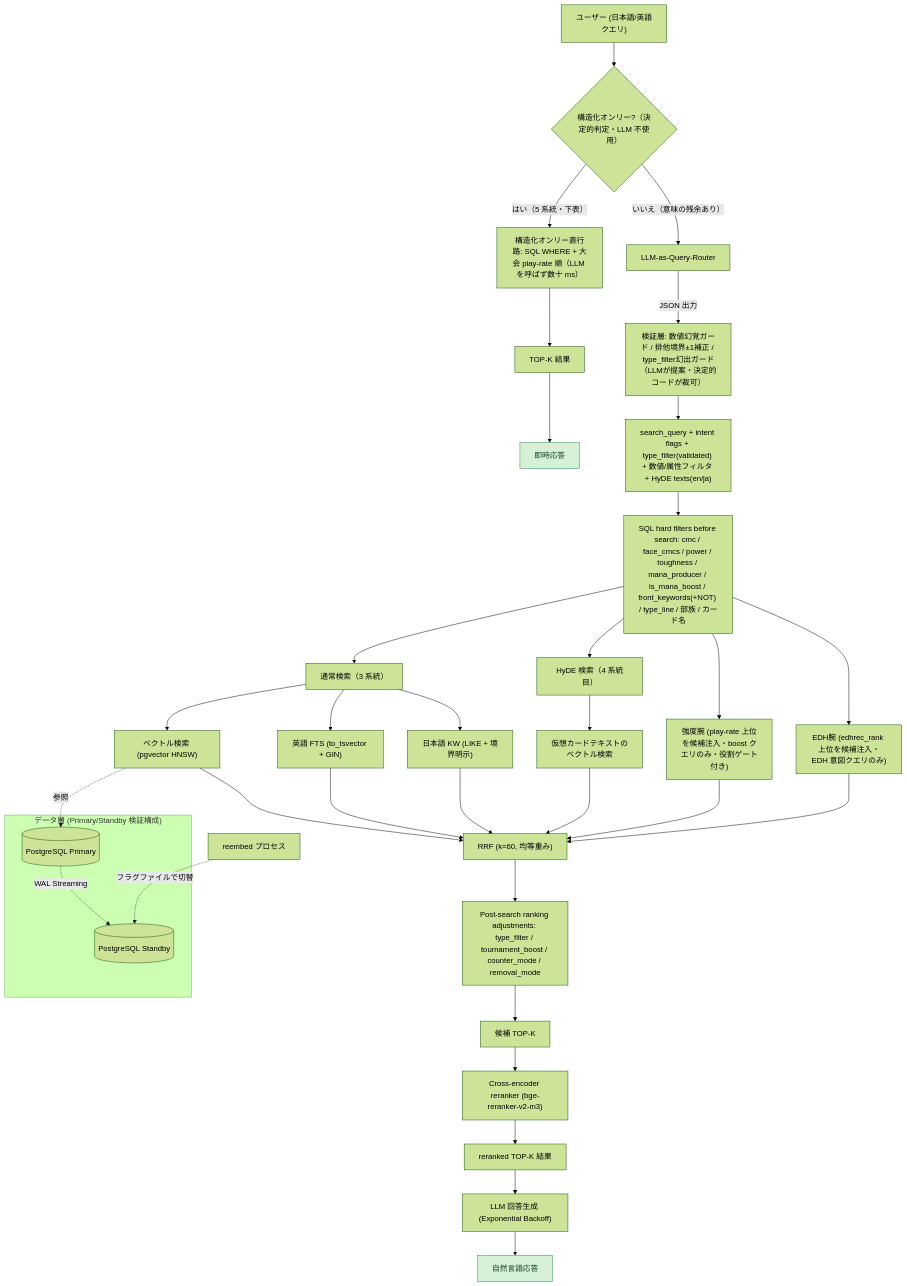
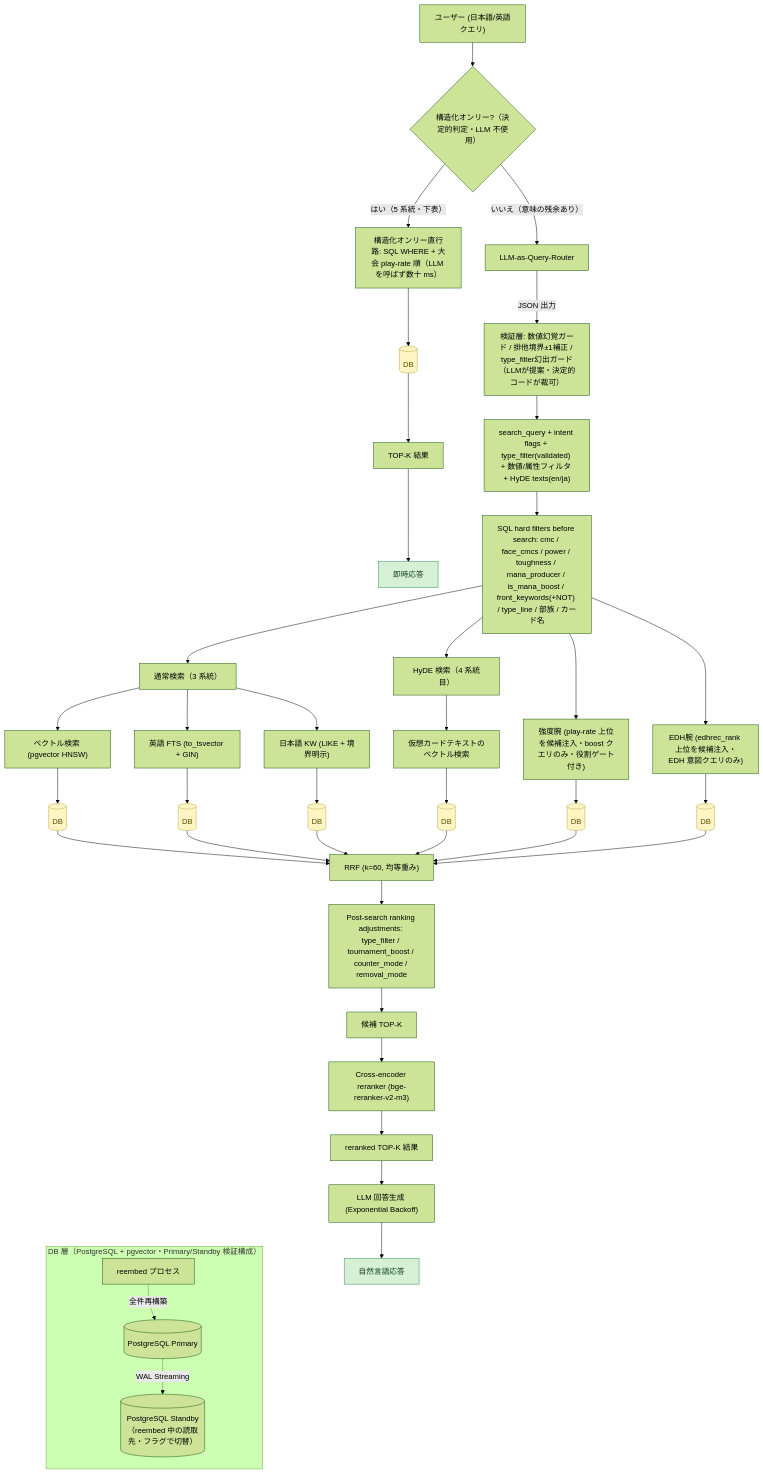
One commit to Sakaihashizo/mtg-rag changed the first of 2 diagrams in ARCHITECTURE.md. Above: the diagram before and after it, drawn with Mermaid (forest theme).

Commit message:
ARCHITECTURE: flow diagram shows DB on the data path (owner review)
Owner feedback while reading: the old diagram implied only vector
search touches the database. In reality every arm and the direct
route query the same PostgreSQL — and the DB is not a side
reference but the body of the path (query goes in, TOP-K comes out).

- Insert a "DB" cylinder into each path: direct route -> DB -> TOP-K
  -> immediate response, and each of the 6 arms -> DB -> RRF
  (yellow cylinders, one per arm by owner's call)
- DB layer (Primary/Standby detail) becomes a standalone legend box
  with no flow edges; an invisible rank link keeps it below the flow
- Standby annotated as the read target during reembed; reembed
  process now shown writing to Primary (the old edge read backwards)

````diff
--- a/ARCHITECTURE.md
+++ b/ARCHITECTURE.md
@@ -13,43 +13,47 @@
 ```mermaid
 %%{init: {"flowchart": {"wrappingWidth": 160}}}%%
 flowchart TB
     User["ユーザー (日本語/英語クエリ)"] --> Gate{"構造化オンリー?（決定的判定・LLM 不使用）"}
     Gate -->|"はい（5 系統・下表）"| Direct["構造化オンリー直行路: SQL WHERE + 大会 play-rate 順（LLM を呼ばず数十 ms）"]
-    Direct --> DirectOut["TOP-K 結果"]
+    Direct --> DB1[("DB")] --> DirectOut["TOP-K 結果"]
     DirectOut --> DirectResp["即時応答"]
     Gate -->|"いいえ（意味の残余あり）"| Router["LLM-as-Query-Router"]
     Router -->|JSON 出力| Validate["検証層: 数値幻覚ガード / 排他境界±1補正 / type_filter幻出ガード（LLMが提案・決定的コードが裁可）"]
     Validate --> Parsed["search_query + intent flags + type_filter(validated) + 数値/属性フィルタ + HyDE texts(en/ja)"]
     Parsed --> Hard["SQL hard filters before search: cmc / face_cmcs / power / toughness / mana_producer / is_mana_boost / front_keywords(+NOT) / type_line / 部族 / カード名"]
     Hard --> Search3["通常検索（3 系統）"]
     Hard --> HyDESearch["HyDE 検索（4 系統目）"]
     Search3 --> Vector["ベクトル検索 (pgvector HNSW)"]
     Search3 --> FTSEN["英語 FTS (to_tsvector + GIN)"]
     Search3 --> FTSJA["日本語 KW (LIKE + 境界明示)"]
     HyDESearch --> VectorHyDE["仮想カードテキストのベクトル検索"]
     Hard --> Strength["強度腕 (play-rate 上位を候補注入・boost クエリのみ・役割ゲート付き)"]
     Hard --> EDHArm["EDH腕 (edhrec_rank 上位を候補注入・EDH 意図クエリのみ)"]
-    Vector --> RRF["RRF (k=60, 均等重み)"]
-    FTSEN --> RRF
-    FTSJA --> RRF
-    VectorHyDE --> RRF
-    Strength --> RRF
-    EDHArm --> RRF
+    Vector --> DB2[("DB")] --> RRF["RRF (k=60, 均等重み)"]
+    FTSEN --> DB3[("DB")] --> RRF
+    FTSJA --> DB4[("DB")] --> RRF
+    VectorHyDE --> DB5[("DB")] --> RRF
+    Strength --> DB6[("DB")] --> RRF
+    EDHArm --> DB7[("DB")] --> RRF
     RRF --> Soft["Post-search ranking adjustments: type_filter / tournament_boost / counter_mode / removal_mode"]
     Soft --> CandidateTopK["候補 TOP-K"]
     CandidateTopK --> Reranker["Cross-encoder reranker (bge-reranker-v2-m3)"]
     Reranker --> TopK[reranked TOP-K 結果]
     TopK --> LLM["LLM 回答生成 (Exponential Backoff)"]
     LLM --> Response["自然言語応答"]
 
-    subgraph "データ層 (Primary/Standby 検証構成)"
+    subgraph DBLayer["DB 層（PostgreSQL + pgvector・Primary/Standby 検証構成）"]
         Primary[("PostgreSQL Primary")]
-        Standby[("PostgreSQL Standby")]
+        Standby[("PostgreSQL Standby（reembed 中の読取先・フラグで切替）")]
         Primary -. WAL Streaming .-> Standby
+        Reembed["reembed プロセス"] -.->|全件再構築| Primary
     end
-    Vector -. 参照 .-> Primary
-    Reembed["reembed プロセス"] -. フラグファイルで切替 .-> Standby
+    
+    %% 不可視リンク（線は描画されない）: 独立した DB 層の欄をフロー最下段より下へ配置するための rank 制約
+    Response ~~~ Primary
 
     classDef resp fill:#d5f0d5,stroke:#2e8b57,color:#14421f
     class DirectResp,Response resp
+    classDef db fill:#fff5c2,stroke:#b8a94a,color:#5c4d00
+    class DB1,DB2,DB3,DB4,DB5,DB6,DB7 db
 ```
````
